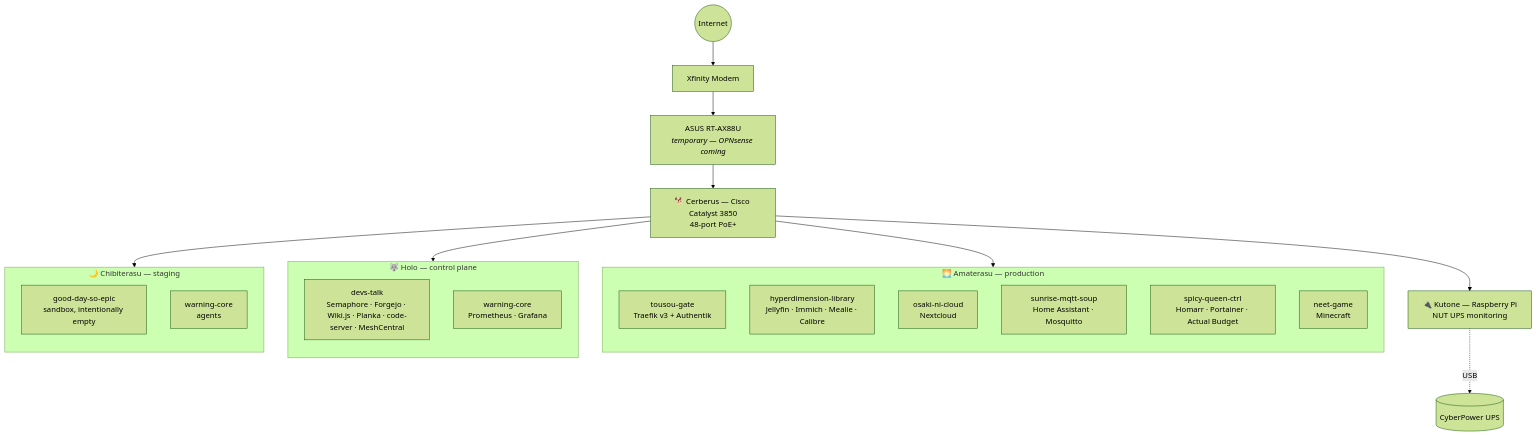
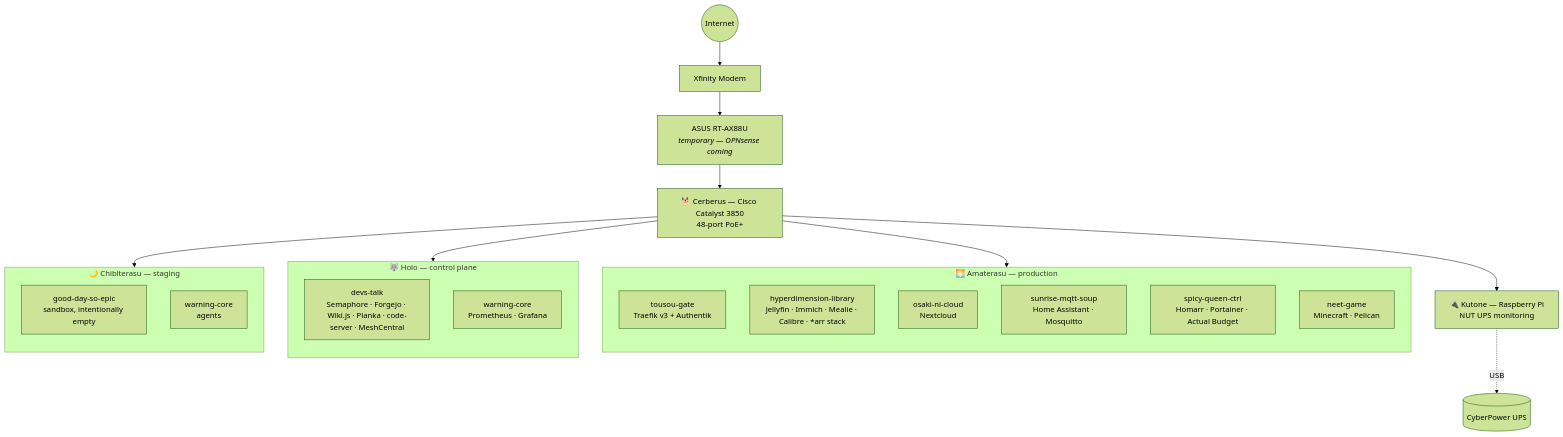
One commit to edbasurto/homeserver changed the diagram in README.md. Above: the diagram before and after it, drawn with Mermaid (forest theme). The commit also changed other lines of this file and 1 other file, not shown here.

First line of the commit message:
Document Palworld migration, Pelican, and *arr stack; fix stale 3-2-1 checkbox

````diff
--- a/README.md
+++ b/README.md
@@ -16,35 +16,35 @@
 ```mermaid
 flowchart TB
     Internet((Internet)) --> Modem[Xfinity Modem]
     Modem --> Router[ASUS RT-AX88U<br/><i>temporary — OPNsense coming</i>]
     Router --> Switch[🐕 Cerberus — Cisco Catalyst 3850<br/>48-port PoE+]
 
     Switch --> Amaterasu
     Switch --> Holo
     Switch --> Chibiterasu
     Switch --> Kutone
 
     subgraph Amaterasu["🌅 Amaterasu — production"]
         direction TB
         A1["tousou-gate<br/>Traefik v3 + Authentik"]
-        A2["hyperdimension-library<br/>Jellyfin · Immich · Mealie · Calibre"]
+        A2["hyperdimension-library<br/>Jellyfin · Immich · Mealie · Calibre · *arr stack"]
         A3["osaki-ni-cloud<br/>Nextcloud"]
         A4["sunrise-mqtt-soup<br/>Home Assistant · Mosquitto"]
         A5["spicy-queen-ctrl<br/>Homarr · Portainer · Actual Budget"]
-        A6["neet-game<br/>Minecraft"]
+        A6["neet-game<br/>Minecraft · Pelican"]
     end
 
     subgraph Holo["🐺 Holo — control plane"]
         direction TB
         H1["devs-talk<br/>Semaphore · Forgejo · Wiki.js · Planka · code-server · MeshCentral"]
         H2["warning-core<br/>Prometheus · Grafana"]
     end
 
     subgraph Chibiterasu["🌙 Chibiterasu — staging"]
         direction TB
         C1["good-day-so-epic<br/>sandbox, intentionally empty"]
         C2["warning-core<br/>agents"]
     end
 
     Kutone["🔌 Kutone — Raspberry Pi<br/>NUT UPS monitoring"] -. USB .-> UPS[("CyberPower UPS")]
 ```
````
